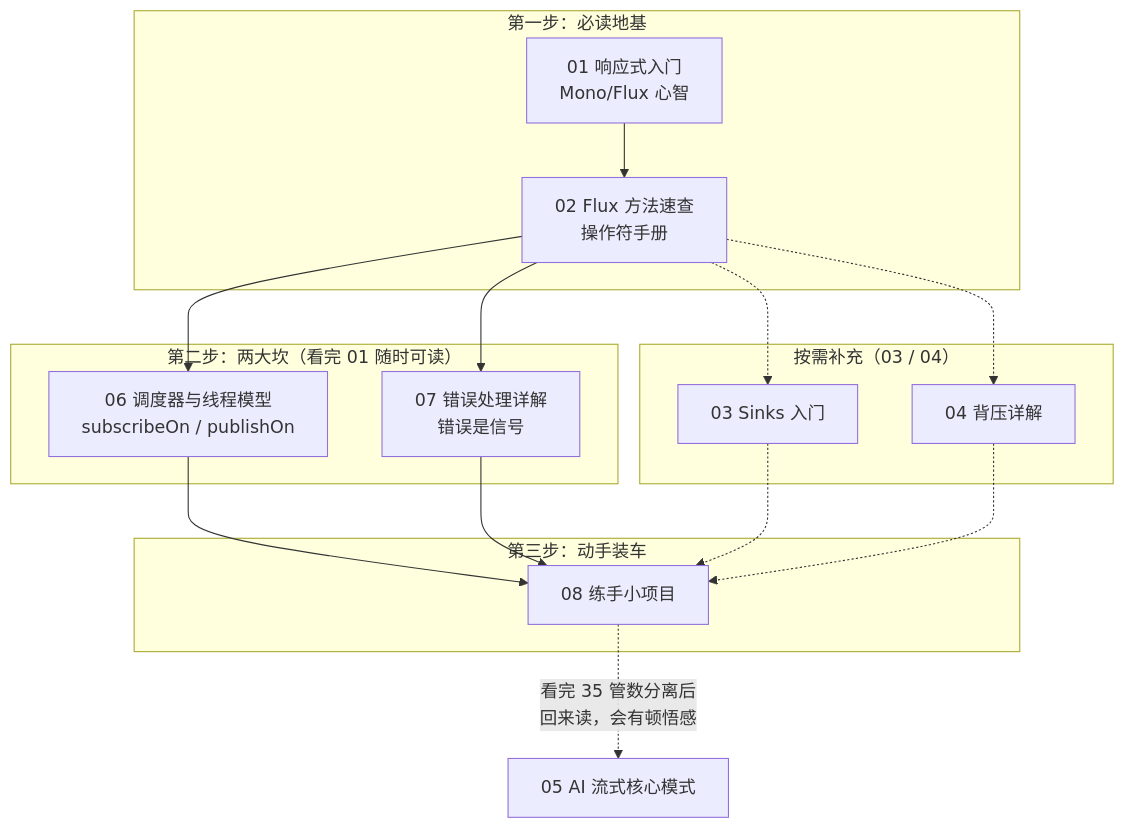
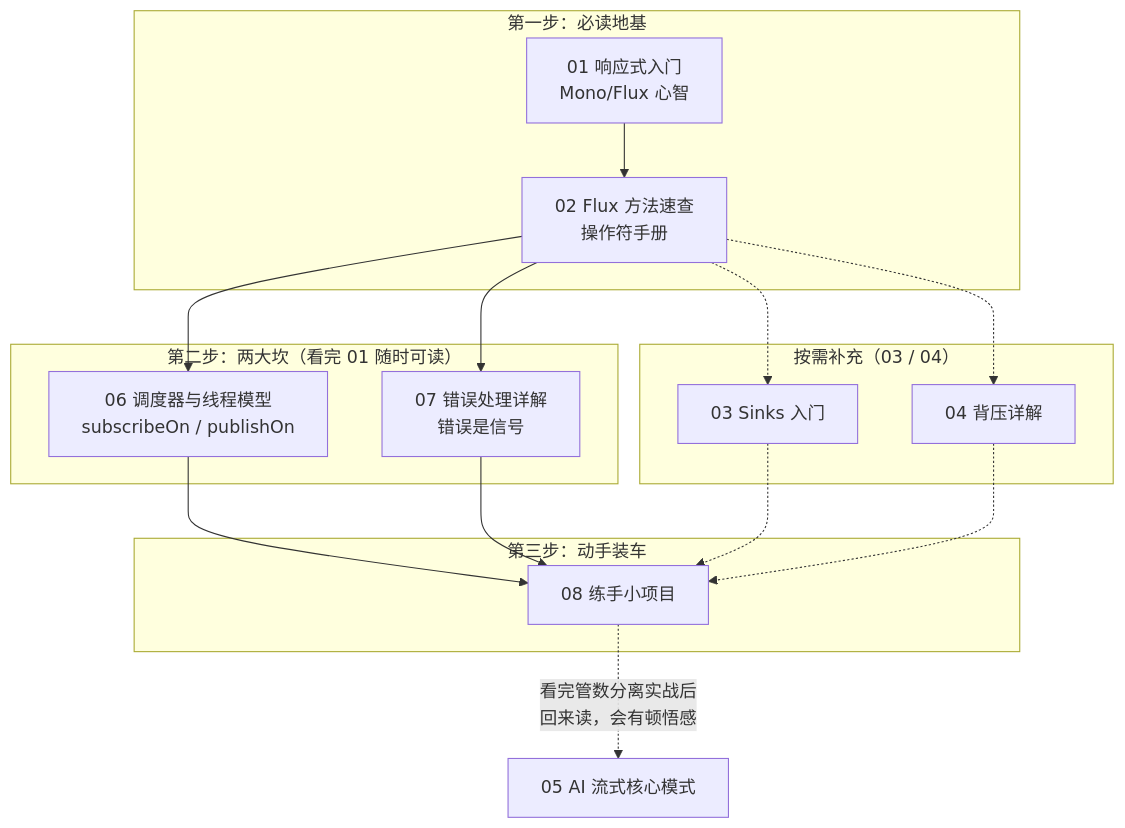
The diagram in docs/附录/Reactor响应式编程/README.md (UranusGit/java-agent-learn), drawn with Mermaid before and after one commit. The commit also changed other lines of this file and 184 other files, not shown here.

````diff
--- a/docs/附录/Reactor响应式编程/README.md
+++ b/docs/附录/Reactor响应式编程/README.md
@@ -20,21 +20,21 @@
 ```mermaid
 flowchart TD
     subgraph BASE["第一步：必读地基"]
         A["01 响应式入门<br/>Mono/Flux 心智"] --> B["02 Flux 方法速查<br/>操作符手册"]
     end
     subgraph CORE["第二步：两大坎（看完 01 随时可读）"]
         B --> C["06 调度器与线程模型<br/>subscribeOn / publishOn"]
         B --> D["07 错误处理详解<br/>错误是信号"]
     end
     subgraph OPT["按需补充（03 / 04）"]
         B -.-> E["03 Sinks 入门"]
         B -.-> F["04 背压详解"]
     end
     subgraph FINAL["第三步：动手装车"]
         C --> G["08 练手小项目"]
         D --> G
         E -.-> G
         F -.-> G
     end
-    G -.->|"看完 35 管数分离后<br/>回来读，会有顿悟感"| H["05 AI 流式核心模式"]
+    G -.->|"看完管数分离实战后<br/>回来读，会有顿悟感"| H["05 AI 流式核心模式"]
 ```
````
